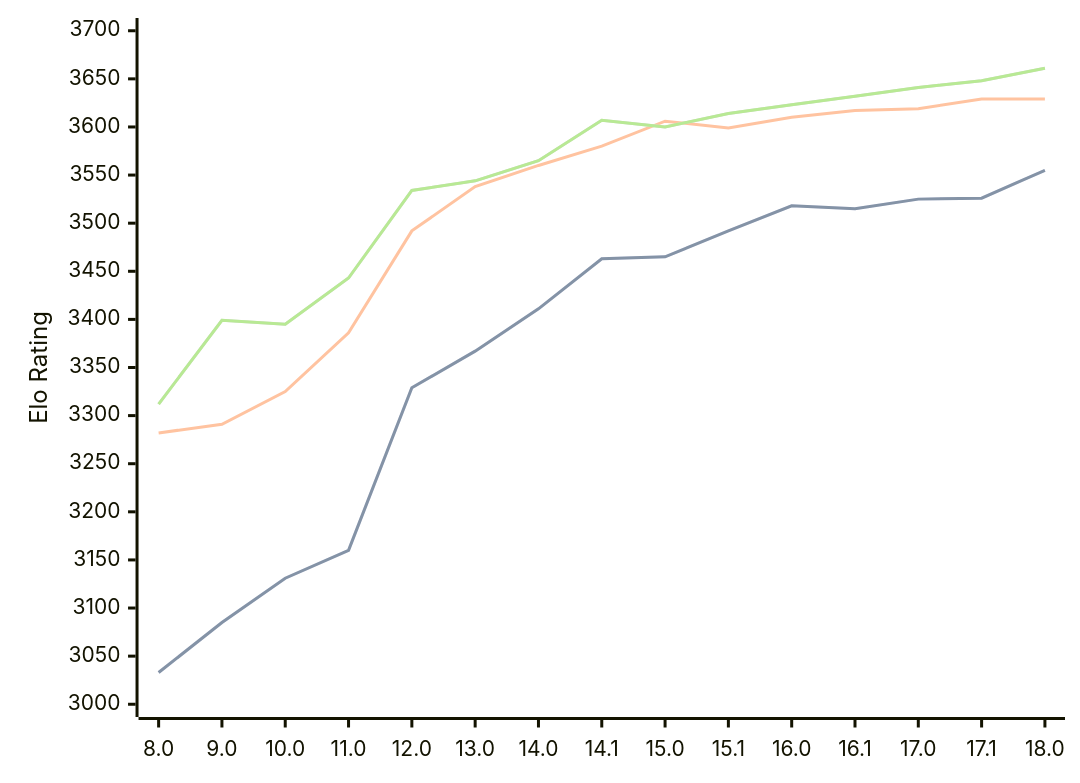
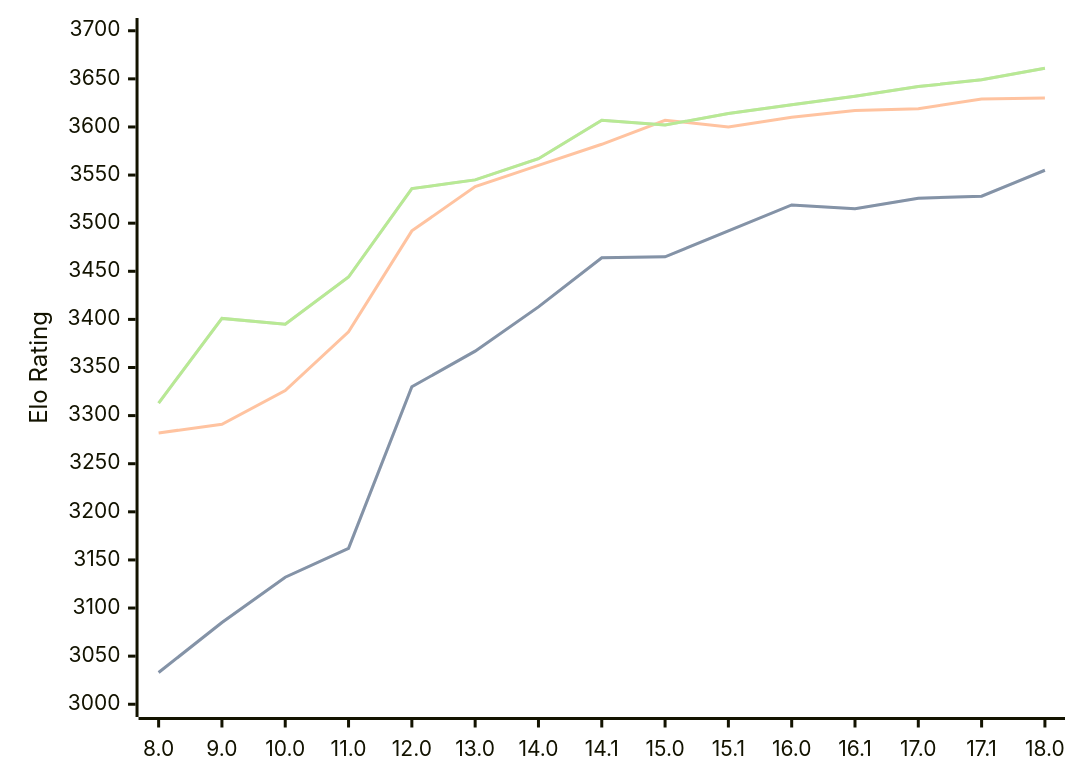
The diagram in engines/Stockfish.md (computer-chess-index/cci), drawn with Mermaid before and after one commit. The commit also changed other lines of this file, not shown here.

Commit message:
Update CCI Ratings (ELO VLTC) - 2026-05-03

````diff
--- a/engines/Stockfish.md
+++ b/engines/Stockfish.md
@@ -46,11 +46,11 @@
 ```mermaid
 %%{init: {"theme":"base","themeVariables":{"seriesColors:['#a3a3a3','#222221','#faa371']}}}%%
 xychart-beta
   x-axis ["8.0", "9.0", "10.0", "11.0", "12.0", "13.0", "14.0", "14.1", "15.0", "15.1", "16.0", "16.1", "17.0", "17.1", "18.0"]
   y-axis "Elo Rating" 3000 --> 3700
-  line "STC (8.0+0.08s)" [3033, 3085, 3131, 3160, 3329, 3367, 3411, 3463, 3465, 3492, 3518, 3515, 3525, 3526, 3555]
-  line "STC (8.0+0.08s)" [3033, 3085, 3131, 3160, 3329, 3367, 3411, 3463, 3465, 3492, 3518, 3515, 3525, 3526, 3555]
-  line "LTC (60.0+0.60s)" [3282, 3291, 3325, 3386, 3492, 3538, 3560, 3580, 3606, 3599, 3610, 3617, 3619, 3629, 3629]
-  line "VLTC (2m24s+1.12s)" [3312, 3399, 3395, 3443, 3534, 3544, 3565, 3607, 3600, 3614, 3623, 3632, 3641, 3648, 3661]
-  line "VLTC (2m24s+1.12s)" [3312, 3399, 3395, 3443, 3534, 3544, 3565, 3607, 3600, 3614, 3623, 3632, 3641, 3648, 3661]
+  line "STC (8.0+0.08s)" [3033, 3085, 3132, 3162, 3330, 3367, 3413, 3464, 3465, 3492, 3519, 3515, 3526, 3528, 3555]
+  line "STC (8.0+0.08s)" [3033, 3085, 3132, 3162, 3330, 3367, 3413, 3464, 3465, 3492, 3519, 3515, 3526, 3528, 3555]
+  line "LTC (60.0+0.60s)" [3282, 3291, 3326, 3387, 3492, 3538, 3560, 3582, 3607, 3600, 3610, 3617, 3619, 3629, 3630]
+  line "VLTC (2m24s+1.12s)" [3313, 3401, 3395, 3444, 3536, 3545, 3567, 3607, 3602, 3614, 3623, 3632, 3642, 3649, 3661]
+  line "VLTC (2m24s+1.12s)" [3313, 3401, 3395, 3444, 3536, 3545, 3567, 3607, 3602, 3614, 3623, 3632, 3642, 3649, 3661]
 ```
````
